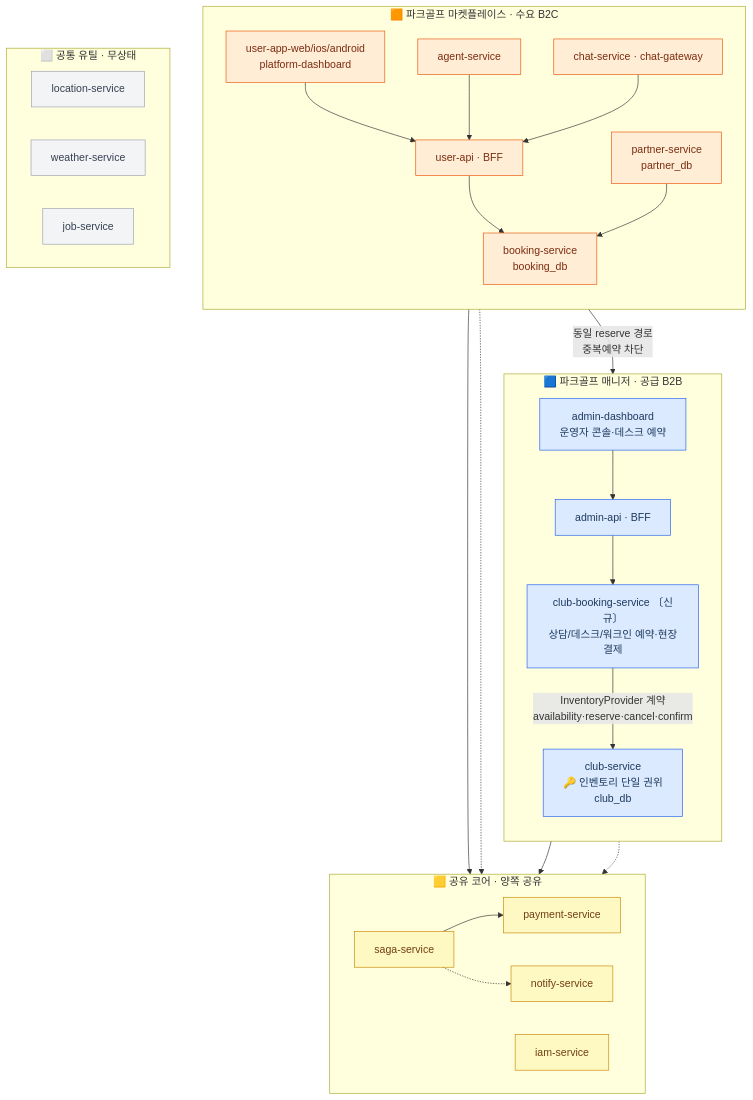
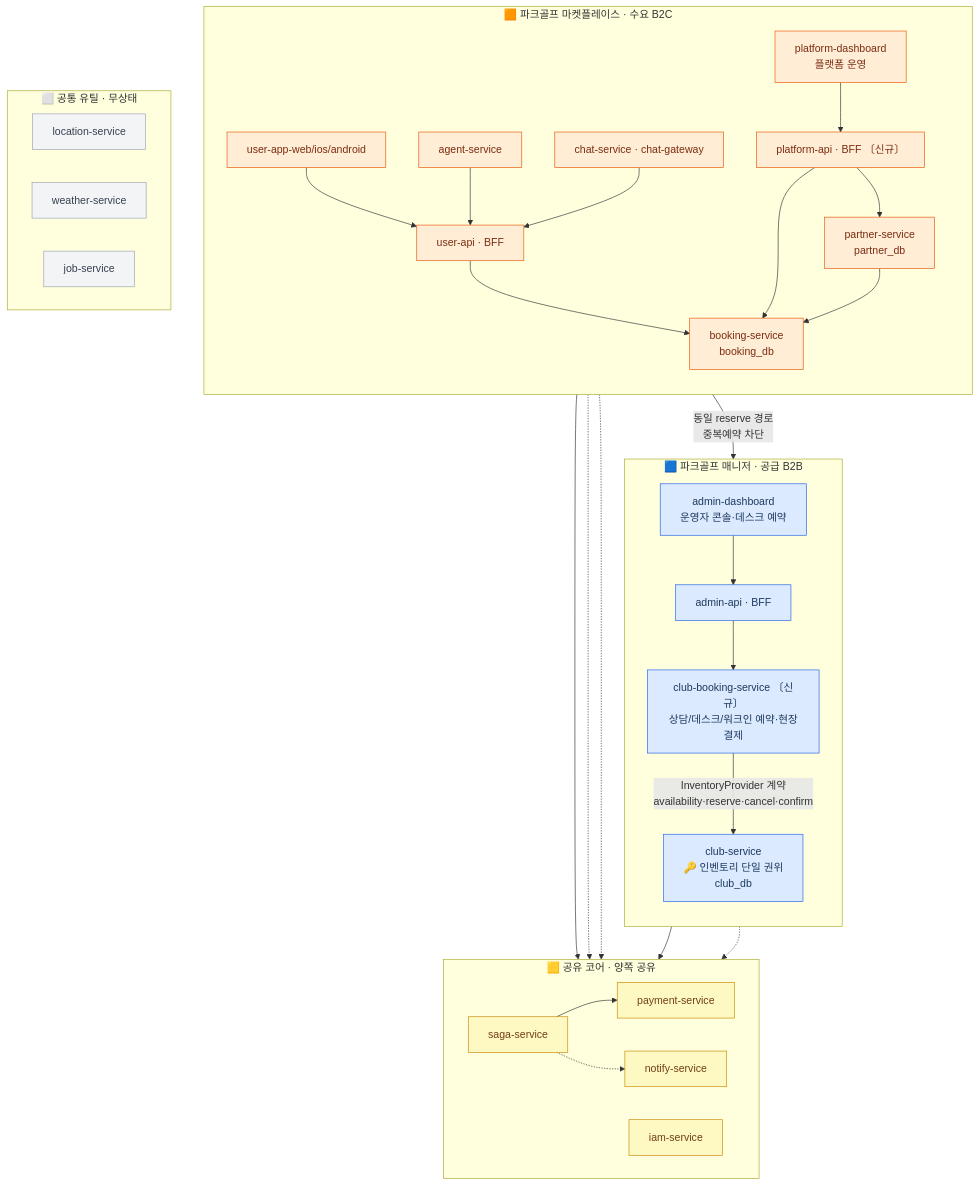
One commit to uniyous/parkgolf-platform changed the first of 4 diagrams in docs/architecture/erp-booking-split.md. Above: the diagram before and after it, drawn with Mermaid. The commit also changed other lines of this file, not shown here.

First line of the commit message:
docs(club): BFF 3분할 결정 + 결제/정산 후속 명시 (UNI-91)

````diff
--- a/docs/architecture/erp-booking-split.md
+++ b/docs/architecture/erp-booking-split.md
@@ -7,64 +7,69 @@
 ```mermaid
 flowchart TB
     %% ===== 파크골프 매니저 (공급 B2B) =====
     subgraph MGR["🟦 파크골프 매니저 · 공급 B2B"]
         direction TB
         ADM["admin-dashboard<br/>운영자 콘솔·데스크 예약"]
         AAPI["admin-api · BFF"]
         CBS["club-booking-service 〔신규〕<br/>상담/데스크/워크인 예약·현장결제"]
         CLUB["club-service<br/>🔑 인벤토리 단일 권위<br/>club_db"]
     end
 
     %% ===== 파크골프 마켓플레이스 (수요 B2C) =====
     subgraph MKT["🟧 파크골프 마켓플레이스 · 수요 B2C"]
         direction TB
-        APPS["user-app-web/ios/android<br/>platform-dashboard"]
+        UAPP["user-app-web/ios/android"]
+        PDASH["platform-dashboard<br/>플랫폼 운영"]
         UAPI["user-api · BFF"]
+        PAPI["platform-api · BFF 〔신규〕"]
         BK["booking-service<br/>booking_db"]
         PART["partner-service<br/>partner_db"]
         AG["agent-service"]
         CH["chat-service · chat-gateway"]
     end
 
     %% ===== 공유 코어 (양쪽 배포·코드 공유) =====
     subgraph CORE["🟨 공유 코어 · 양쪽 공유"]
         direction LR
         SAGA["saga-service"]
         PAY["payment-service"]
         IAM["iam-service"]
         NOTI["notify-service"]
     end
 
     %% ===== 공통 유틸 (무상태) =====
     subgraph UTIL["⬜ 공통 유틸 · 무상태"]
         direction LR
         LOC["location-service"]
         WEA["weather-service"]
         JOB["job-service"]
     end
 
     ADM --> AAPI --> CBS
-    APPS --> UAPI --> BK
+    UAPP --> UAPI --> BK
+    PDASH --> PAPI --> BK
+    PAPI --> PART
     PART --> BK
     AG --> UAPI
     CH --> UAPI
 
     CBS -->|"InventoryProvider 계약<br/>availability·reserve·cancel·confirm"| CLUB
     BK -->|"동일 reserve 경로<br/>중복예약 차단"| CLUB
 
     CBS --> SAGA
     BK --> SAGA
     SAGA --> PAY
     AAPI -.-> IAM
     UAPI -.-> IAM
+    PAPI -.-> IAM
     SAGA -.-> NOTI
 
     classDef mgr fill:#dbeafe,stroke:#2563eb,color:#1e3a5f;
     classDef mkt fill:#ffedd5,stroke:#ea580c,color:#7c2d12;
     classDef core fill:#fef9c3,stroke:#ca8a04,color:#713f12;
     classDef util fill:#f3f4f6,stroke:#9ca3af,color:#374151;
     class ADM,AAPI,CBS,CLUB mgr;
-    class APPS,UAPI,BK,PART,AG,CH mkt;
+    class UAPP,PDASH,UAPI,PAPI,BK,PART,AG,CH mkt;
     class SAGA,PAY,IAM,NOTI core;
     class LOC,WEA,JOB util;
 ```
````
